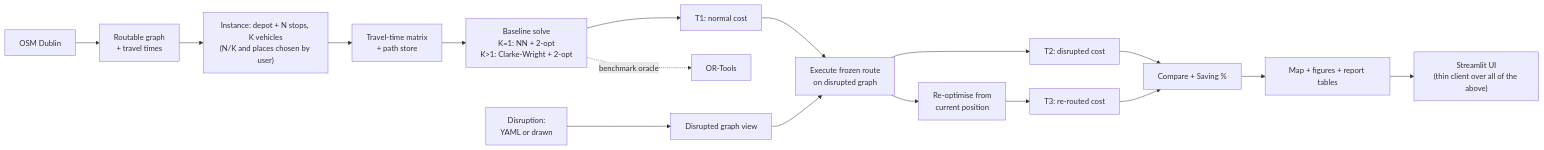
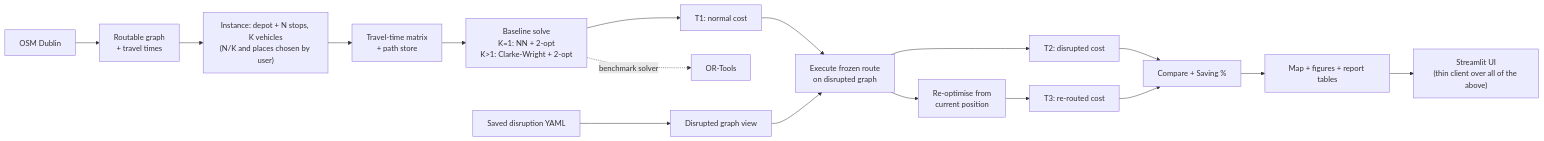
One commit to ACM40960/projects-rushikesh-shlok changed the diagram in docs/architecture.md. Above: the diagram before and after it, drawn with Mermaid. The commit also changed other lines of this file and 34 other files, not shown here.

````diff
--- a/docs/architecture.md
+++ b/docs/architecture.md
@@ -14,19 +14,19 @@
 ```mermaid
 flowchart LR
     A[OSM Dublin] --> B[Routable graph<br/>+ travel times]
     B --> C["Instance: depot + N stops, K vehicles<br/>(N/K and places chosen by user)"]
     C --> D[Travel-time matrix<br/>+ path store]
     D --> E["Baseline solve<br/>K=1: NN + 2-opt<br/>K&gt;1: Clarke-Wright + 2-opt"]
     E --> F[T1: normal cost]
-    E -.benchmark oracle.-> Z[OR-Tools]
-    G[Disruption:<br/>YAML or drawn] --> H[Disrupted graph view]
+    E -.benchmark solver.-> Z[OR-Tools]
+    G[Saved disruption YAML] --> H[Disrupted graph view]
     F --> I[Execute frozen route<br/>on disrupted graph]
     H --> I
     I --> J[T2: disrupted cost]
     I --> K[Re-optimise from<br/>current position]
     K --> L[T3: re-routed cost]
     J --> M[Compare + Saving %]
     L --> M
     M --> N[Map + figures + report tables]
     N --> O["Streamlit UI<br/>(thin client over all of the above)"]
 ```
````
